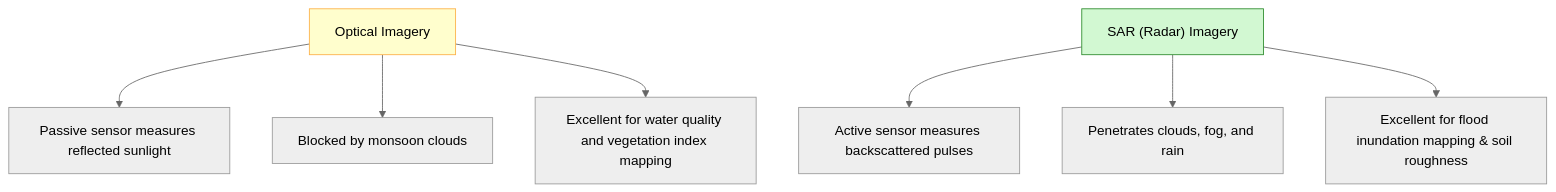
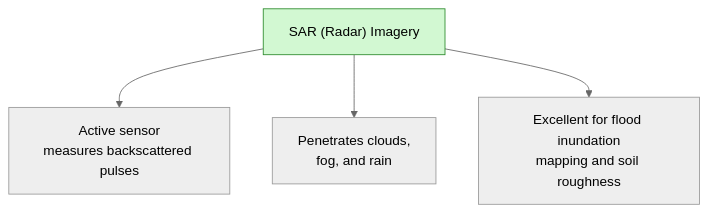
Before and after one commit to Rotten-Grapes-Pvt-Ltd/QGIS-WECS: the third of 3 diagrams in docs/day2/01_intro_remote_sensing.md, drawn with Mermaid (neutral theme). The commit also changed other lines of this file and 48 other files, not shown here.

````diff
--- a/docs/day2/01_intro_remote_sensing.md
+++ b/docs/day2/01_intro_remote_sensing.md
@@ -69,13 +80,9 @@
 ```mermaid
 graph TD
-    Opt["Optical Imagery"] --> Opt_F["Passive sensor measures reflected sunlight"]
-    Opt --> Opt_L["Blocked by monsoon clouds"]
-    Opt --> Opt_A["Excellent for water quality and vegetation index mapping"]
 
-    SAR["SAR (Radar) Imagery"] --> SAR_F["Active sensor measures backscattered pulses"]
-    SAR --> SAR_L["Penetrates clouds, fog, and rain"]
-    SAR --> SAR_A["Excellent for flood inundation mapping & soil roughness"]
+    SAR["SAR (Radar) Imagery"] --> SAR_F["Active sensor<br/>measures backscattered pulses"]
+    SAR --> SAR_L["Penetrates clouds,<br/>fog, and rain"]
+    SAR --> SAR_A["Excellent for flood inundation<br/>mapping and soil roughness"]
 
-    style Opt fill:#fffecd,stroke:#fcb045
     style SAR fill:#d2f8d2,stroke:#2b8a2b
 ```
````
